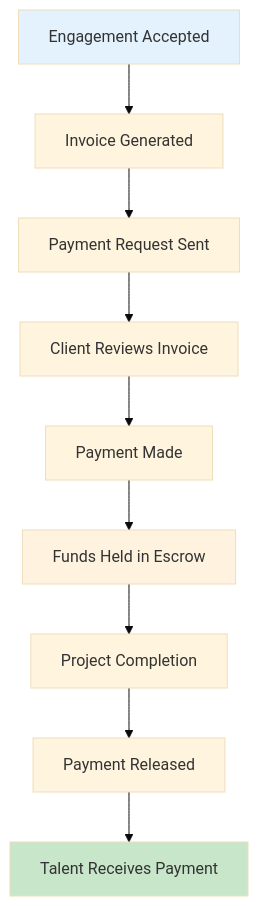
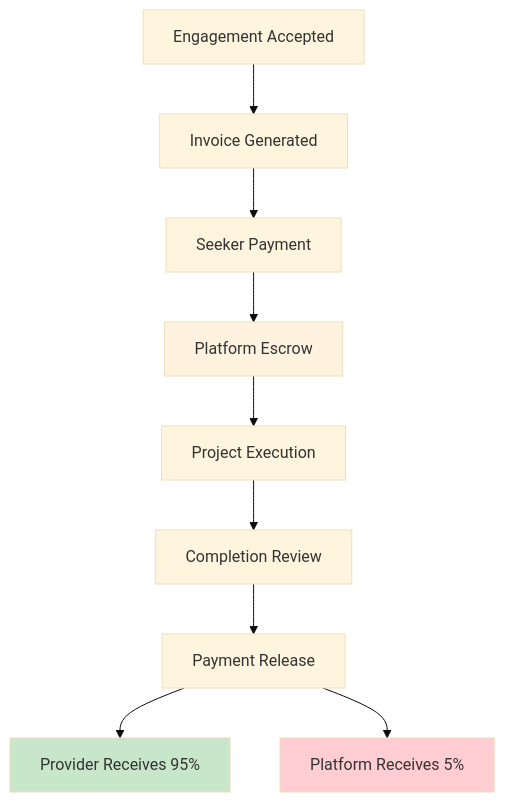
The seventh of 8 diagrams in docs/user-experience-guide.md (counttalita/benchwarmers), drawn with Mermaid (base theme) before and after one commit. The commit also changed other lines of this file and 8 other files, not shown here.

First line of the commit message:
fix: update documentation to reflect correct talent marketplace flow

````diff
--- a/docs/user-experience-guide.md
+++ b/docs/user-experience-guide.md
@@ -246,15 +219,15 @@
 ```mermaid
 graph TD
     A[Engagement Accepted] --> B[Invoice Generated]
-    B --> C[Payment Request Sent]
-    C --> D[Client Reviews Invoice]
-    D --> E[Payment Made]
-    E --> F[Funds Held in Escrow]
-    F --> G[Project Completion]
-    G --> H[Payment Released]
-    H --> I[Talent Receives Payment]
+    B --> C[Seeker Payment]
+    C --> D[Platform Escrow]
+    D --> E[Project Execution]
+    E --> F[Completion Review]
+    F --> G[Payment Release]
+    G --> H[Provider Receives 95%]
+    G --> I[Platform Receives 5%]
     
-    style A fill:#e3f2fd
-    style F fill:#fff3e0
-    style I fill:#c8e6c9
+    style D fill:#fff3e0
+    style H fill:#c8e6c9
+    style I fill:#ffcdd2
 ```
````
